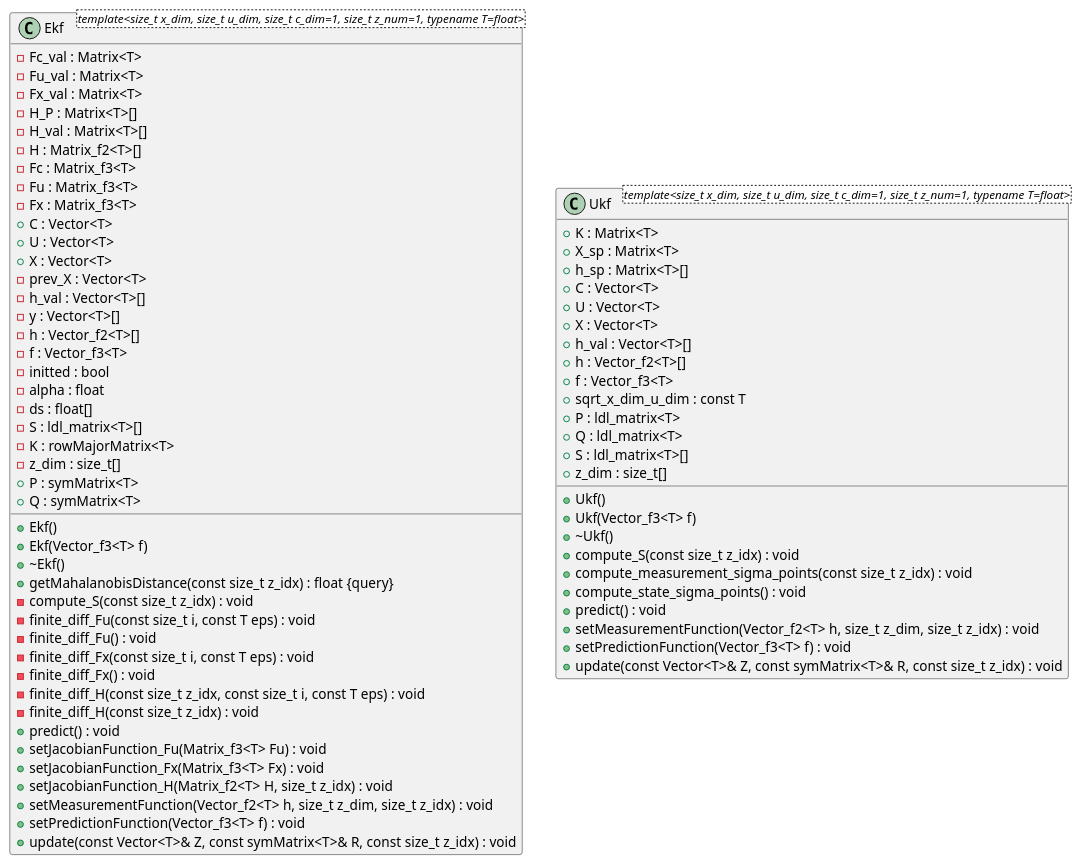
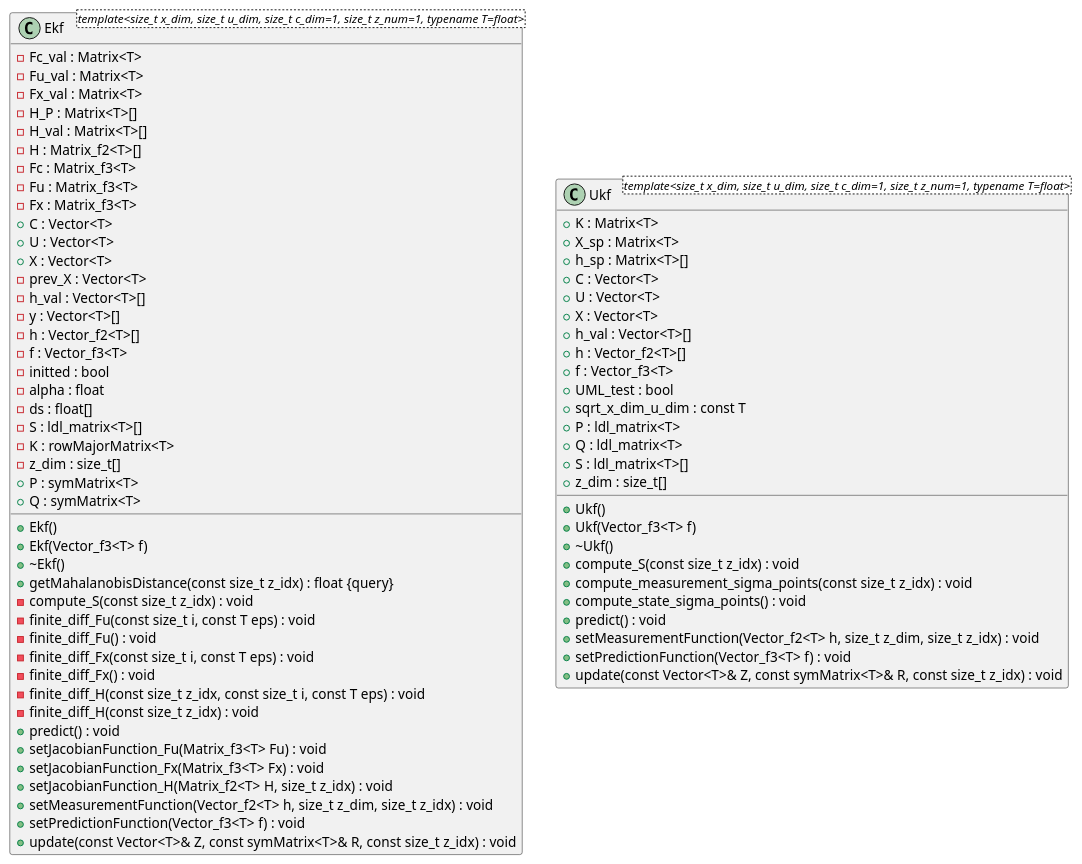
Before and after one commit to robinAZERTY/ESP32Algebra: the diagram in lib/ESP32AlgebraFilters/docs/classDiagram.puml, drawn with PlantUML. The commit also changed 1 other file, not shown here.

Commit message:
Updated UML diagram

```diff
--- a/lib/ESP32AlgebraFilters/docs/classDiagram.puml
+++ b/lib/ESP32AlgebraFilters/docs/classDiagram.puml
@@ -1,102 +1,103 @@
 @startuml
 
 
 
 
 
 /' Objects '/
 
 class Ekf <template<size_t x_dim, size_t u_dim, size_t c_dim=1, size_t z_num=1, typename T=float>> {
 	+Ekf()
 	+Ekf(Vector_f3<T> f)
 	+~Ekf()
 	-Fc_val : Matrix<T>
 	-Fu_val : Matrix<T>
 	-Fx_val : Matrix<T>
 	-H_P : Matrix<T>[]
 	-H_val : Matrix<T>[]
 	-H : Matrix_f2<T>[]
 	-Fc : Matrix_f3<T>
 	-Fu : Matrix_f3<T>
 	-Fx : Matrix_f3<T>
 	+C : Vector<T>
 	+U : Vector<T>
 	+X : Vector<T>
 	-prev_X : Vector<T>
 	-h_val : Vector<T>[]
 	-y : Vector<T>[]
 	-h : Vector_f2<T>[]
 	-f : Vector_f3<T>
 	-initted : bool
 	-alpha : float
 	+getMahalanobisDistance(const size_t z_idx) : float {query}
 	-ds : float[]
 	-S : ldl_matrix<T>[]
 	-K : rowMajorMatrix<T>
 	-z_dim : size_t[]
 	+P : symMatrix<T>
 	+Q : symMatrix<T>
 	-compute_S(const size_t z_idx) : void
 	-finite_diff_Fu(const size_t i, const T eps) : void
 	-finite_diff_Fu() : void
 	-finite_diff_Fx(const size_t i, const T eps) : void
 	-finite_diff_Fx() : void
 	-finite_diff_H(const size_t z_idx, const size_t i, const T eps) : void
 	-finite_diff_H(const size_t z_idx) : void
 	+predict() : void
 	+setJacobianFunction_Fu(Matrix_f3<T> Fu) : void
 	+setJacobianFunction_Fx(Matrix_f3<T> Fx) : void
 	+setJacobianFunction_H(Matrix_f2<T> H, size_t z_idx) : void
 	+setMeasurementFunction(Vector_f2<T> h, size_t z_dim, size_t z_idx) : void
 	+setPredictionFunction(Vector_f3<T> f) : void
 	+update(const Vector<T>& Z, const symMatrix<T>& R, const size_t z_idx) : void
 }
 
 
 class Ukf <template<size_t x_dim, size_t u_dim, size_t c_dim=1, size_t z_num=1, typename T=float>> {
 	+Ukf()
 	+Ukf(Vector_f3<T> f)
 	+~Ukf()
 	+K : Matrix<T>
 	+X_sp : Matrix<T>
 	+h_sp : Matrix<T>[]
 	+C : Vector<T>
 	+U : Vector<T>
 	+X : Vector<T>
 	+h_val : Vector<T>[]
 	+h : Vector_f2<T>[]
 	+f : Vector_f3<T>
+	+UML_test : bool
 	+sqrt_x_dim_u_dim : const T
 	+P : ldl_matrix<T>
 	+Q : ldl_matrix<T>
 	+S : ldl_matrix<T>[]
 	+z_dim : size_t[]
 	+compute_S(const size_t z_idx) : void
 	+compute_measurement_sigma_points(const size_t z_idx) : void
 	+compute_state_sigma_points() : void
 	+predict() : void
 	+setMeasurementFunction(Vector_f2<T> h, size_t z_dim, size_t z_idx) : void
 	+setPredictionFunction(Vector_f3<T> f) : void
 	+update(const Vector<T>& Z, const symMatrix<T>& R, const size_t z_idx) : void
 }
 
 
 
 
 
 /' Inheritance relationships '/
 
 
 
 
 /' Aggregation relationships '/
 
 
 
 
 
 /' Nested objects '/
 
 
 
 @enduml
```
